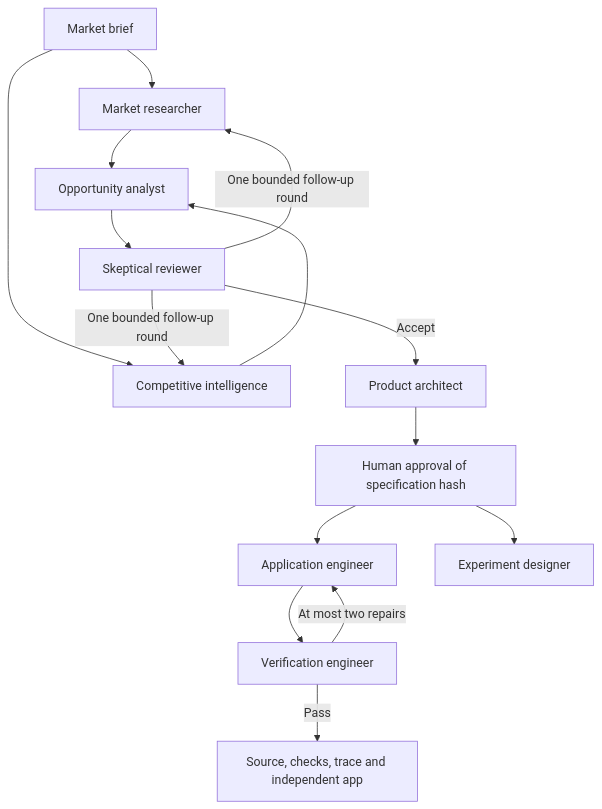
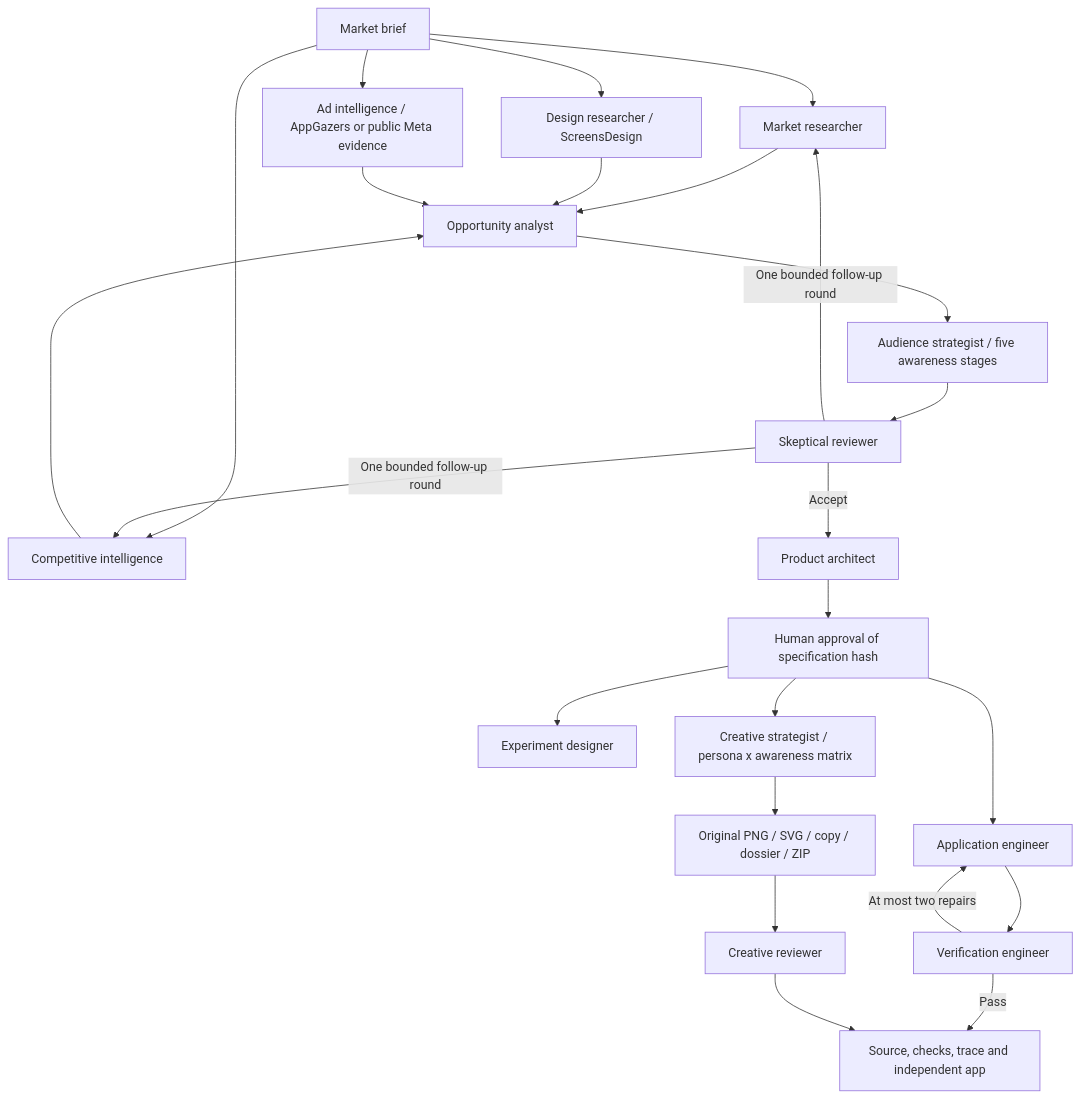
Before and after one commit to k499wang/mobileVenture: the diagram in factory/agent/README.md, drawn with Mermaid. The commit also changed other lines of this file and 3 other files, not shown here.

````diff
--- a/factory/agent/README.md
+++ b/factory/agent/README.md
@@ -85,17 +121,26 @@
 ```mermaid
 flowchart TD
   Brief[Market brief] --> Research[Market researcher]
   Brief --> Competition[Competitive intelligence]
+  Brief --> Design[Design researcher / ScreensDesign]
+  Brief --> Ads[Ad intelligence / AppGazers or public Meta evidence]
   Research --> Analyst[Opportunity analyst]
   Competition --> Analyst
-  Analyst --> Critic[Skeptical reviewer]
+  Design --> Analyst
+  Ads --> Analyst
+  Analyst --> Personas[Audience strategist / five awareness stages]
+  Personas --> Critic[Skeptical reviewer]
   Critic -->|One bounded follow-up round| Research
   Critic -->|One bounded follow-up round| Competition
   Critic -->|Accept| Planner[Product architect]
   Planner --> Approval[Human approval of specification hash]
   Approval --> Builder[Application engineer]
   Approval --> Experiments[Experiment designer]
+  Approval --> Creative[Creative strategist / persona x awareness matrix]
+  Creative --> Render[Original PNG / SVG / copy / dossier / ZIP]
+  Render --> CreativeQA[Creative reviewer]
   Builder --> Verifier[Verification engineer]
   Verifier -->|At most two repairs| Builder
   Verifier -->|Pass| Result[Source, checks, trace and independent app]
+  CreativeQA --> Result
 ```
````
